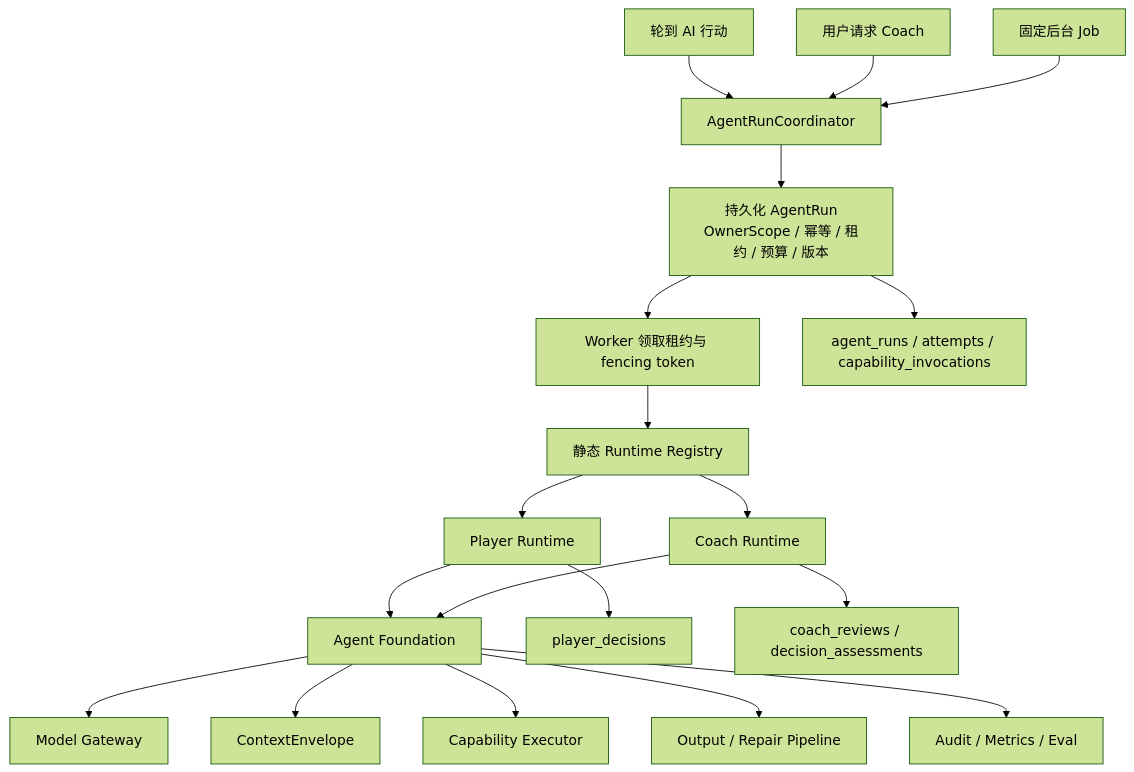
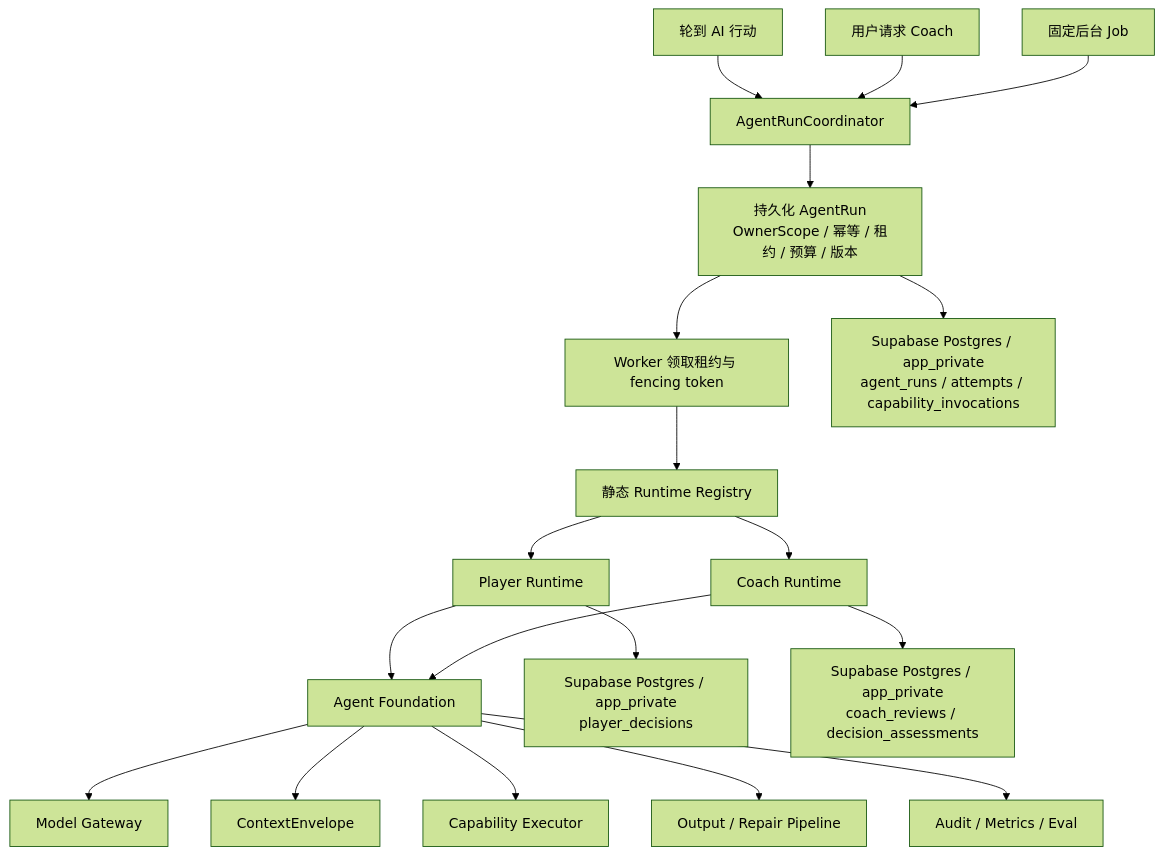
Before and after one commit to PANYUXIN6/TX-holdem-coach: the first of 3 diagrams in docs/superpowers/specs/2026-07-26-agent-foundation-runtime-architecture.md, drawn with Mermaid (forest theme). The commit also changed other lines of this file and 22 other files, not shown here.

Commit message:
feat(db): prepare Supabase Postgres foundation

````diff
--- a/docs/superpowers/specs/2026-07-26-agent-foundation-runtime-architecture.md
+++ b/docs/superpowers/specs/2026-07-26-agent-foundation-runtime-architecture.md
@@ -58,26 +61,26 @@
 ```mermaid
 flowchart TD
     T1["轮到 AI 行动"] --> RC["AgentRunCoordinator"]
     T2["用户请求 Coach"] --> RC
     T3["固定后台 Job"] --> RC
 
     RC --> AR["持久化 AgentRun<br/>OwnerScope / 幂等 / 租约 / 预算 / 版本"]
     AR --> W["Worker 领取租约与 fencing token"]
     W --> RR["静态 Runtime Registry"]
 
     RR --> PR["Player Runtime"]
     RR --> CR["Coach Runtime"]
 
     PR --> PF["Agent Foundation"]
     CR --> PF
 
     PF --> MG["Model Gateway"]
     PF --> CE["ContextEnvelope"]
     PF --> CAP["Capability Executor"]
     PF --> OUT["Output / Repair Pipeline"]
     PF --> OBS["Audit / Metrics / Eval"]
 
-    AR --> DB1["agent_runs / attempts / capability_invocations"]
-    PR --> DB2["player_decisions"]
-    CR --> DB3["coach_reviews / decision_assessments"]
+    AR --> DB1["Supabase Postgres / app_private<br/>agent_runs / attempts / capability_invocations"]
+    PR --> DB2["Supabase Postgres / app_private<br/>player_decisions"]
+    CR --> DB3["Supabase Postgres / app_private<br/>coach_reviews / decision_assessments"]
 ```
````
